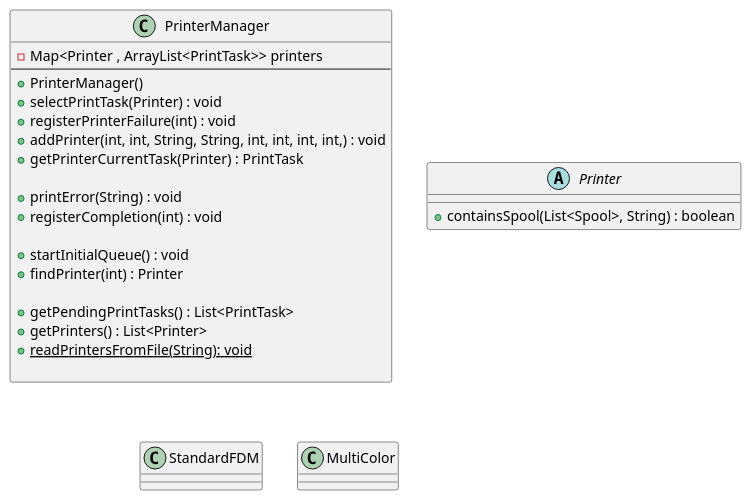
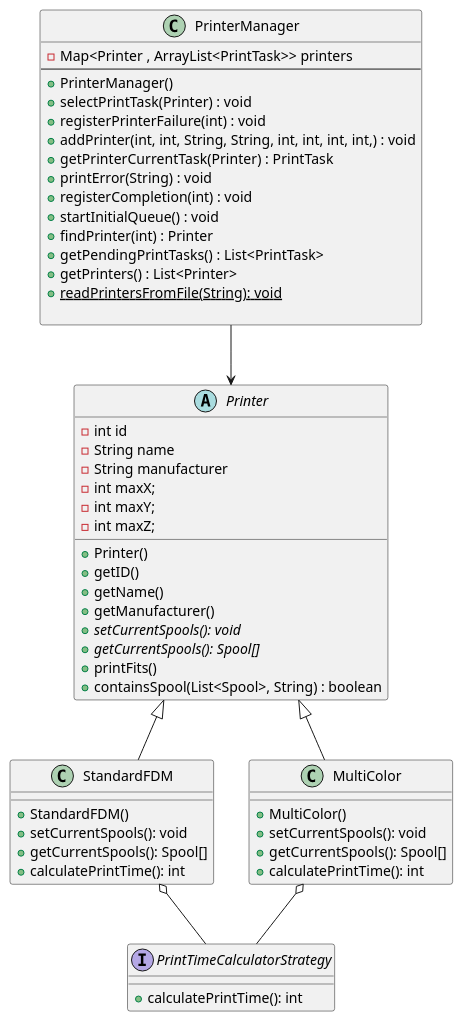
One commit to rtavares14/System-Design changed the diagram in docs/Diagrams/refractored diagrams/PrinterManger and its associations.puml. Above: the diagram before and after it, drawn with PlantUML.

Commit message:
diagram PrinterManager and its associations DONE

```diff
--- a/docs/Diagrams/refractored diagrams/PrinterManger and its associations.puml
+++ b/docs/Diagrams/refractored diagrams/PrinterManger and its associations.puml
@@ -1,28 +1,58 @@
 @startuml
 class PrinterManager{
     - Map<Printer , ArrayList<PrintTask>> printers
 --
     + PrinterManager()
     + selectPrintTask(Printer) : void
     + registerPrinterFailure(int) : void
     + addPrinter(int, int, String, String, int, int, int, int,) : void
     + getPrinterCurrentTask(Printer) : PrintTask
-
     + printError(String) : void
     + registerCompletion(int) : void
-
   + startInitialQueue() : void
   + findPrinter(int) : Printer
-
   + getPendingPrintTasks() : List<PrintTask>
   + getPrinters() : List<Printer>
   + {static}readPrintersFromFile(String): void
 
 }
 abstract class Printer{
+- int id
+- String name
+- String manufacturer
+- int maxX;
+- int maxY;
+- int maxZ;
++ Printer()
++ getID()
++ getName()
++ getManufacturer()
++ {abstract} setCurrentSpools(): void
++ {abstract} getCurrentSpools(): Spool[]
++ printFits()
 + containsSpool(List<Spool>, String) : boolean
 }
-class StandardFDM{}
-class MultiColor{}
+class StandardFDM{
++ StandardFDM()
++ setCurrentSpools(): void
++ getCurrentSpools(): Spool[]
++ calculatePrintTime(): int
+}
+class MultiColor{
++ MultiColor()
++ setCurrentSpools(): void
++ getCurrentSpools(): Spool[]
++ calculatePrintTime(): int
+}
+
+interface PrintTimeCalculatorStrategy{
+ + calculatePrintTime(): int
+}
+
+PrinterManager --> Printer
+Printer <|-- StandardFDM
+Printer <|-- MultiColor
+StandardFDM o-- PrintTimeCalculatorStrategy
+MultiColor o-- PrintTimeCalculatorStrategy
 
 @enduml
```
